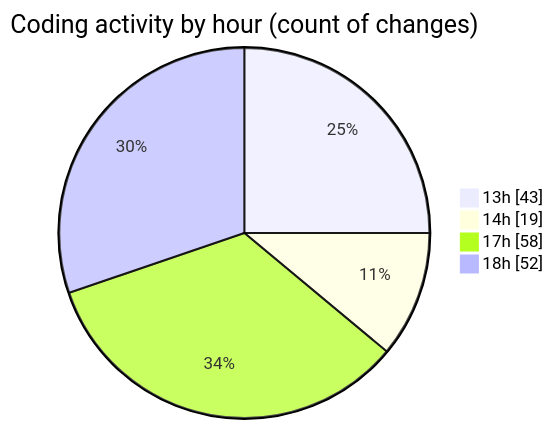
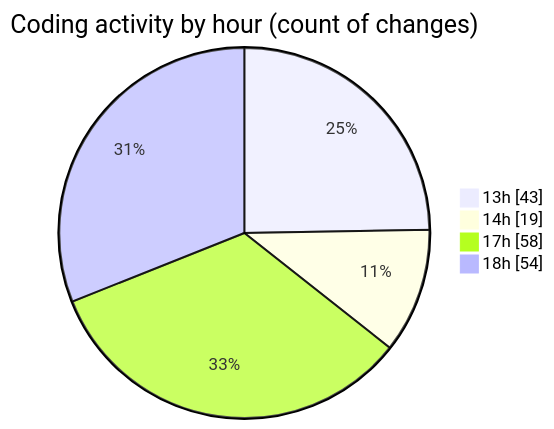
Before and after one commit to MatusMokan/code-tracking: the second of 2 diagrams in 2025-10-04/untitled__workspace_/README.md, drawn with Mermaid. The commit also changed other lines of this file and 1 other file, not shown here.

````diff
--- a/2025-10-04/untitled__workspace_/README.md
+++ b/2025-10-04/untitled__workspace_/README.md
@@ -48,8 +48,8 @@
 ```mermaid
 pie showData
 title Coding activity by hour (count of changes)
 "13h" : 43
 "14h" : 19
 "17h" : 58
-"18h" : 52
+"18h" : 54
 ```
````
